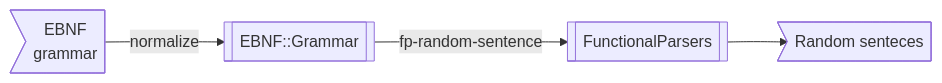
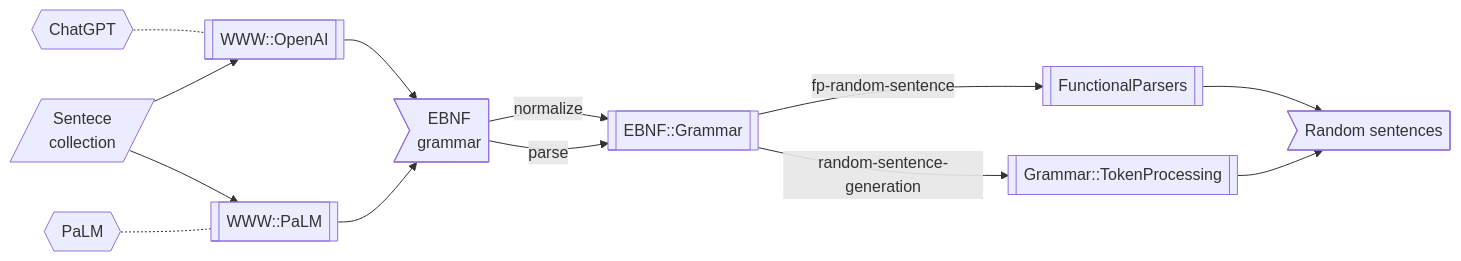
One commit to antononcube/RakuForPrediction-book changed the fourth of 4 diagrams in Articles/Graph-representation-of-grammars-work.md. Above: the diagram before and after it, drawn with Mermaid. The commit also changed other lines of this file and 1 other file, not shown here.

````diff
--- a/Articles/Graph-representation-of-grammars-work.md
+++ b/Articles/Graph-representation-of-grammars-work.md
@@ -82,8 +115,19 @@
 ```mermaid
 graph LR
     FPs[["FunctionalParsers"]]
+    GramTP[["Grammar::TokenProcessing"]]
     EBNFGram[["EBNF::Grammar"]]
     grEBNF>EBNF<br>grammar]
-    RandSents>Random senteces]
+    RandSents>Random sentences]
+    ChatGPT{{ChatGPT}}
+    PaLM{{PaLM}}
+    WWWOpenAI[[WWW::OpenAI]]
+    WWWPaLM[[WWW::PaLM]]
+    UInput[/Sentece<br>collection/]
+    UInput --> WWWOpenAI
+    UInput --> WWWPaLM
+    ChatGPT -.- WWWOpenAI --> grEBNF
+    PaLM -.- WWWPaLM --> grEBNF
     grEBNF --> |normalize|EBNFGram --> |fp-random-sentence|FPs --> RandSents 
+    grEBNF --> |parse|EBNFGram --> |random-sentence-generation|GramTP --> RandSents 
 ```
````
